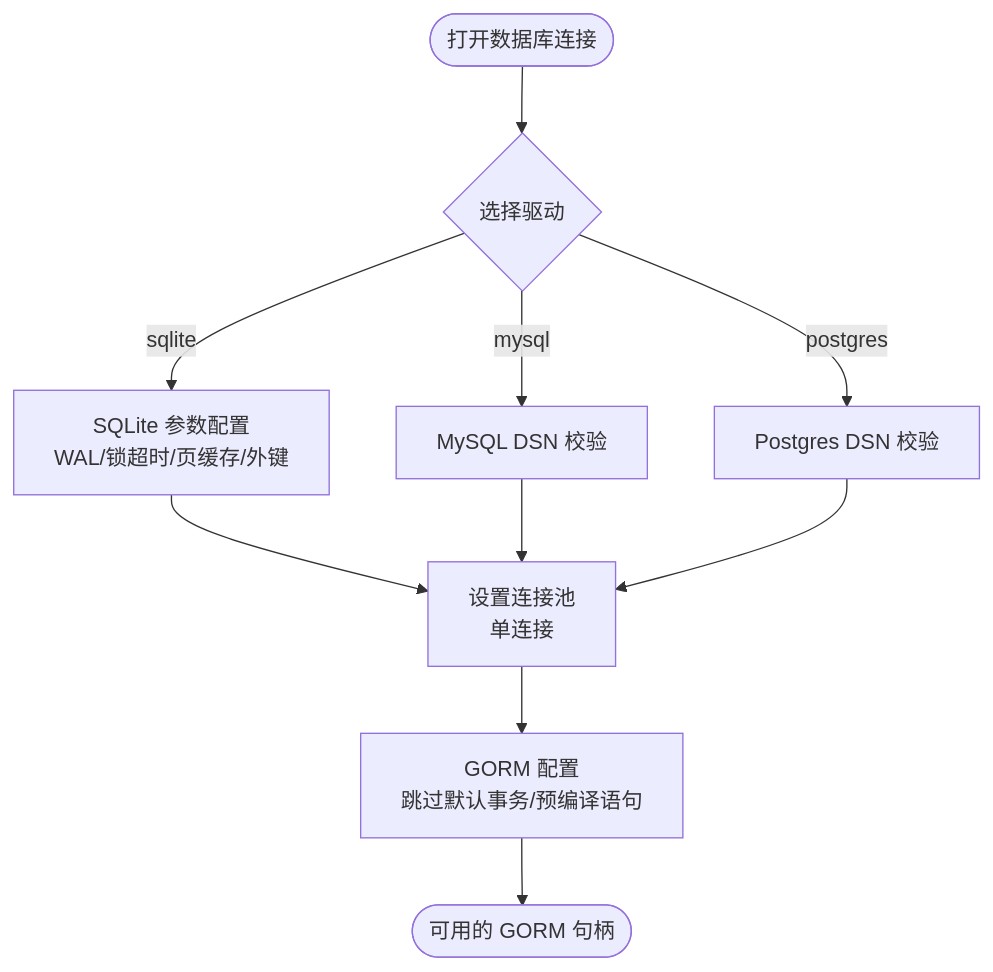
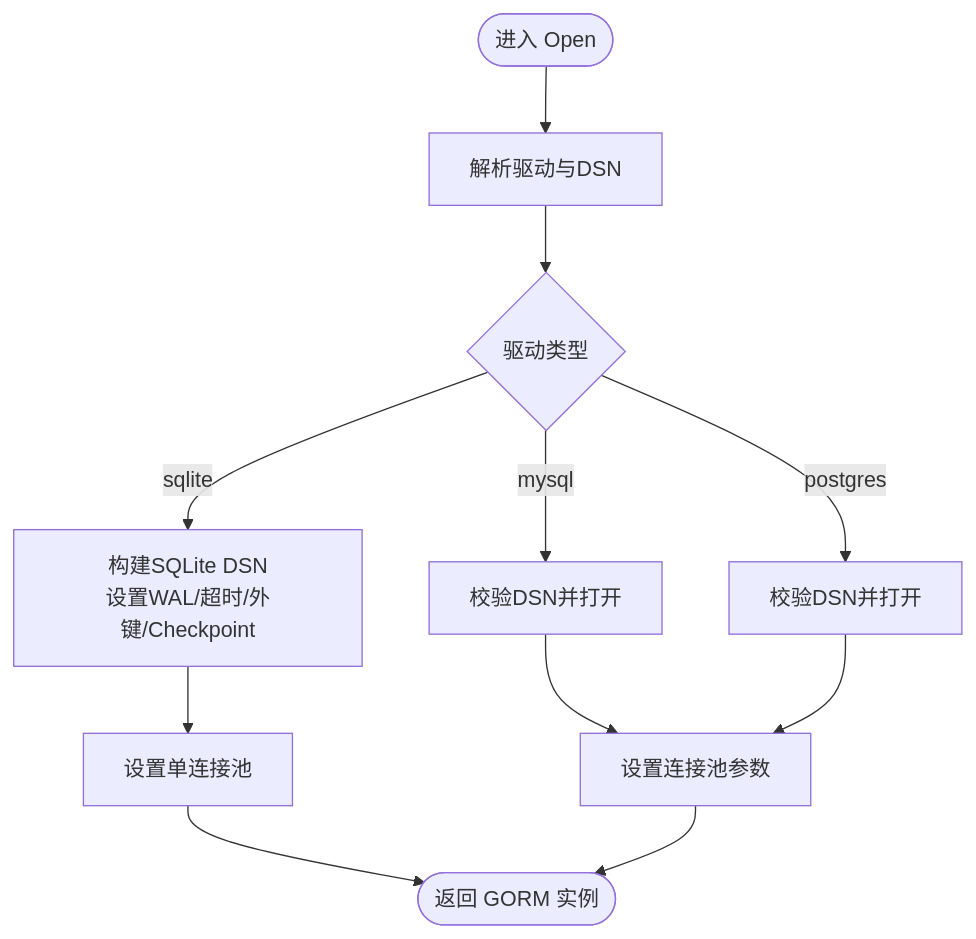
One commit to x01n/My-OpenWaf changed the third of 7 diagrams in docs/数据存储层/数据存储层.md. Above: the diagram before and after it, drawn with Mermaid. The commit also changed other lines of this file and 199 other files, not shown here.

````diff
--- a/docs/数据存储层/数据存储层.md
+++ b/docs/数据存储层/数据存储层.md
@@ -395,12 +153,13 @@
 ```mermaid
 flowchart TD
-Start(["打开数据库连接"]) --> ChooseDriver{"选择驱动"}
-ChooseDriver --> |sqlite| SQLiteCfg["SQLite 参数配置<br/>WAL/锁超时/页缓存/外键"]
-ChooseDriver --> |mysql| MySQLCfg["MySQL DSN 校验"]
-ChooseDriver --> |postgres| PGCfg["Postgres DSN 校验"]
-SQLiteCfg --> PoolTune["设置连接池<br/>单连接"]
-MySQLCfg --> PoolTune
-PGCfg --> PoolTune
-PoolTune --> GormCfg["GORM 配置<br/>跳过默认事务/预编译语句"]
-GormCfg --> Ready(["可用的 GORM 句柄"])
+Start(["进入 Open"]) --> Parse["解析驱动与DSN"]
+Parse --> Switch{"驱动类型"}
+Switch --> |sqlite| SQLite["构建SQLite DSN<br/>设置WAL/超时/外键/Checkpoint"]
+Switch --> |mysql| MySQL["校验DSN并打开"]
+Switch --> |postgres| Postgres["校验DSN并打开"]
+SQLite --> Pool["设置单连接池"]
+MySQL --> Pool2["设置连接池参数"]
+Postgres --> Pool2
+Pool --> Done(["返回 GORM 实例"])
+Pool2 --> Done
 ```
````
